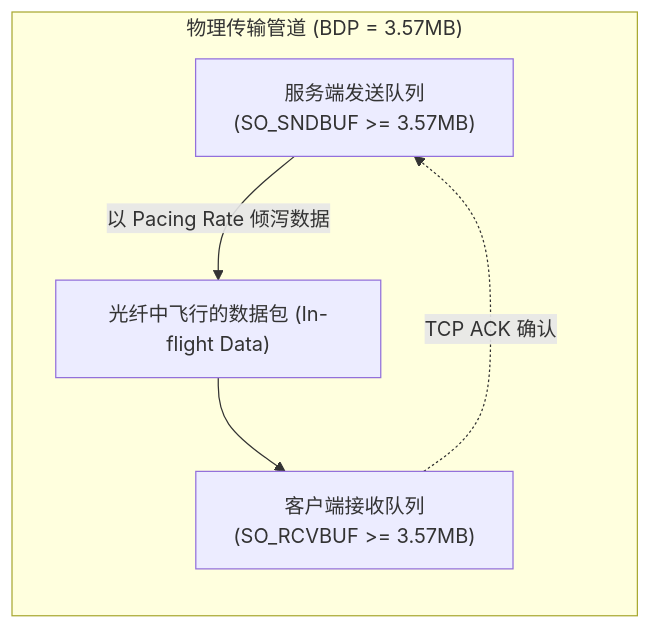
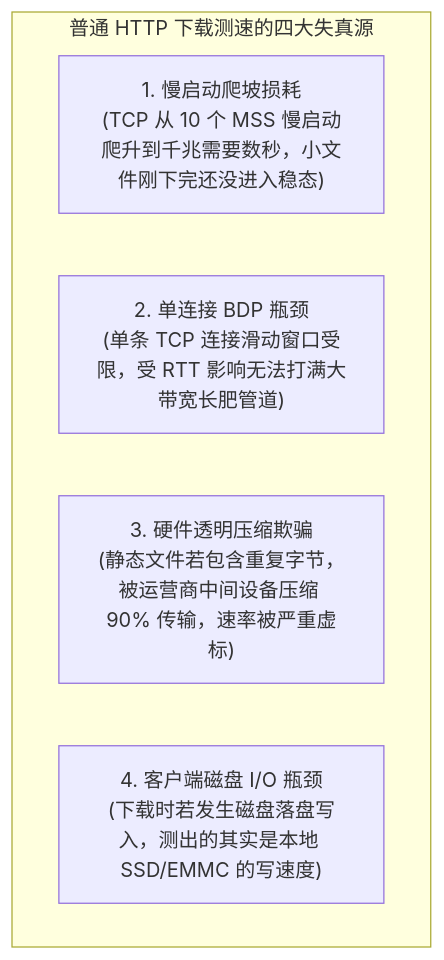
The second of 7 diagrams in content/posts/speedtest-go-deep-dive-whitepaper.md (MoreConsequence/MoreConsequence.github.io), drawn with Mermaid before and after one commit. The commit also changed other lines of this file, not shown here.

````diff
--- a/content/posts/speedtest-go-deep-dive-whitepaper.md
+++ b/content/posts/speedtest-go-deep-dive-whitepaper.md
@@ -31,8 +51,9 @@
 ```mermaid
-flowchart LR
-    subgraph Pipe["物理传输管道 (BDP = 3.57MB)"]
-        Sender["服务端发送队列<br/>(SO_SNDBUF >= 3.57MB)"] -->|"以 Pacing Rate 倾泻数据"| InFlight["光纤中飞行的数据包 (In-flight Data)"]
-        InFlight --> Receiver["客户端接收队列<br/>(SO_RCVBUF >= 3.57MB)"]
+flowchart TD
+    subgraph Distortions["普通 HTTP 下载测速的四大失真源"]
+        D1["1. 慢启动爬坡损耗<br/>(TCP 从 10 个 MSS 慢启动爬升到千兆需要数秒，小文件刚下完还没进入稳态)"]
+        D2["2. 单连接 BDP 瓶颈<br/>(单条 TCP 连接滑动窗口受限，受 RTT 影响无法打满大带宽长肥管道)"]
+        D3["3. 硬件透明压缩欺骗<br/>(静态文件若包含重复字节，被运营商中间设备压缩 90% 传输，速率被严重虚标)"]
+        D4["4. 客户端磁盘 I/O 瓶颈<br/>(下载时若发生磁盘落盘写入，测出的其实是本地 SSD/EMMC 的写速度)"]
     end
-    Receiver -.->|"TCP ACK 确认"| Sender
 ```
````
